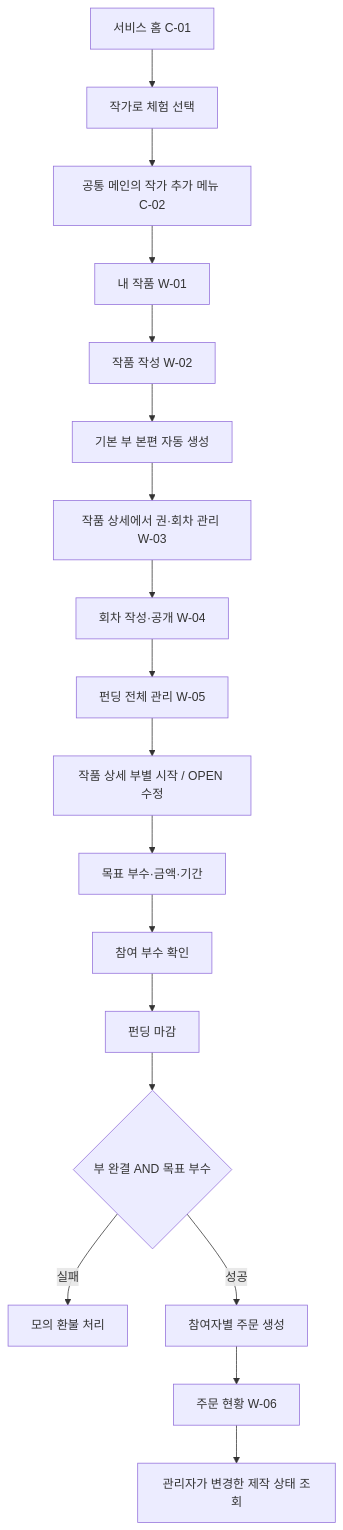
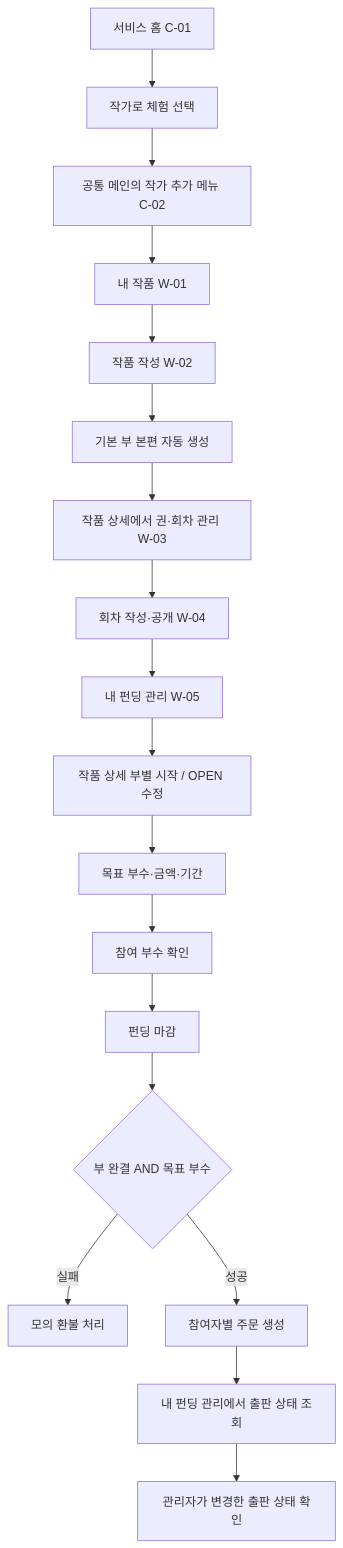
Before and after one commit to 021Skyfall/novelkeep: the second of 3 diagrams in docs/05_화면_정의서.md, drawn with Mermaid. The commit also changed other lines of this file and 63 other files, not shown here.

````diff
--- a/docs/05_화면_정의서.md
+++ b/docs/05_화면_정의서.md
@@ -394,20 +406,20 @@
 ```mermaid
 flowchart TD
     A["서비스 홈 C-01"] --> A1["작가로 체험 선택"]
     A1 --> A2["공통 메인의 작가 추가 메뉴 C-02"]
     A2 --> B["내 작품 W-01"]
     B --> C["작품 작성 W-02"]
     C --> E["기본 부 본편 자동 생성"]
     E --> G["작품 상세에서 권·회차 관리 W-03"]
     G --> H["회차 작성·공개 W-04"]
-    H --> I["펀딩 전체 관리 W-05"]
+    H --> I["내 펀딩 관리 W-05"]
     I --> J["작품 상세 부별 시작 / OPEN 수정"]
     J --> K["목표 부수·금액·기간"]
     K --> L["참여 부수 확인"]
     L --> M["펀딩 마감"]
     M --> N{"부 완결 AND 목표 부수"}
     N -->|실패| O["모의 환불 처리"]
     N -->|성공| P["참여자별 주문 생성"]
-    P --> Q["주문 현황 W-06"]
-    Q --> R["관리자가 변경한 제작 상태 조회"]
+    P --> Q["내 펀딩 관리에서 출판 상태 조회"]
+    Q --> R["관리자가 변경한 출판 상태 확인"]
 ```
````
